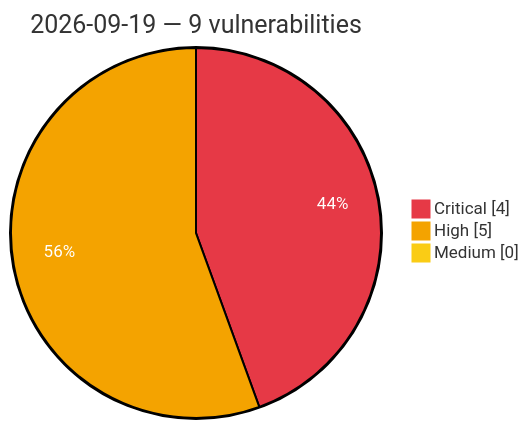
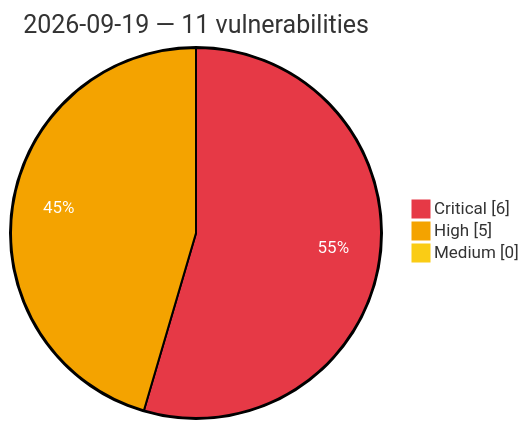
Before and after one commit to GhostX0X/vuln-tracker: the diagram in vulnerabilities/2026/September/2026-09-19.md, drawn with Mermaid. The commit also changed other lines of this file and 5 other files, not shown here.

````diff
--- a/vulnerabilities/2026/September/2026-09-19.md
+++ b/vulnerabilities/2026/September/2026-09-19.md
@@ -3,8 +3,8 @@
 ```mermaid
 %%{init: {'theme':'base', 'themeVariables': {'pie1':'#e63946', 'pie2':'#f4a300', 'pie3':'#facc15', 'pieOpacity':'1', 'pieOuterStrokeWidth':'2px', 'pieSectionTextColor':'#ffffff'}}}%%
 pie showData
-    title 2026-09-19 — 9 vulnerabilities
-    "Critical" : 4
+    title 2026-09-19 — 11 vulnerabilities
+    "Critical" : 6
     "High" : 5
     "Medium" : 0
 ```
````
